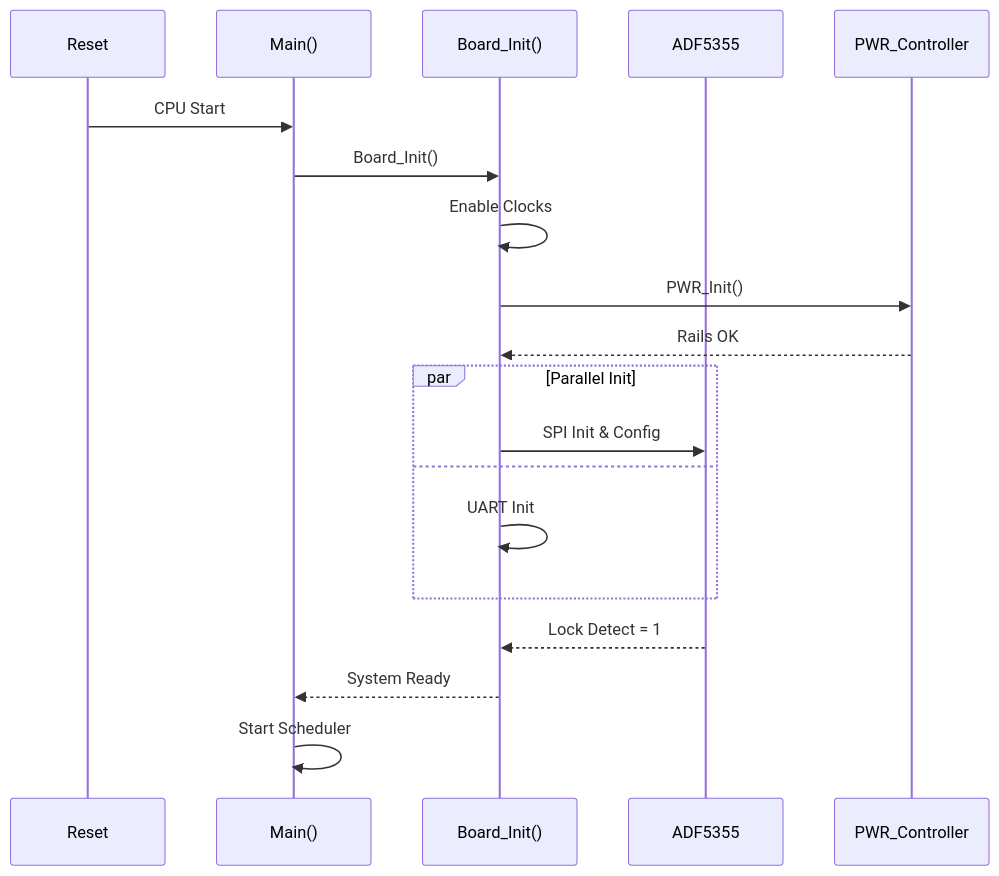
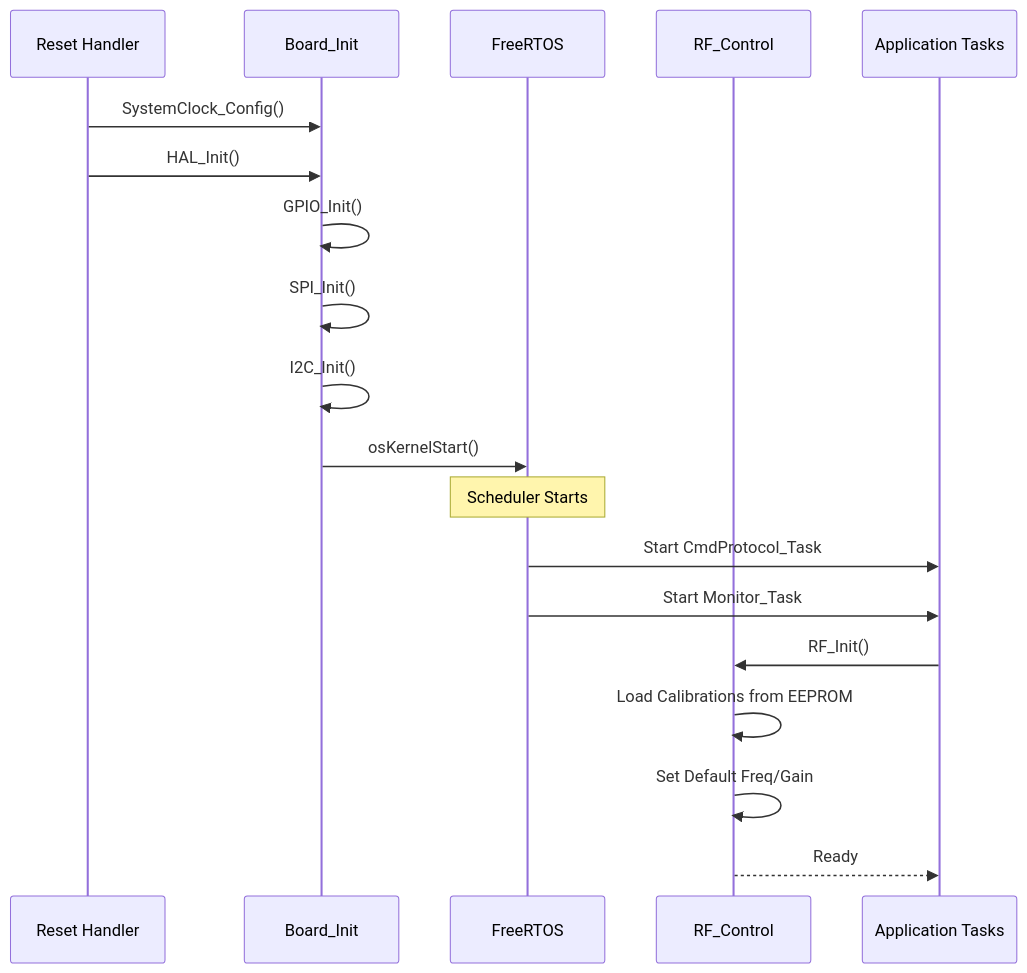
One commit to bala9066/AI_S2S_Code changed the fourth of 7 diagrams in SDD_receiver.md. Above: the diagram before and after it, drawn with Mermaid. The commit also changed other lines of this file and 31 other files, not shown here.

````diff
--- a/SDD_receiver.md
+++ b/SDD_receiver.md
@@ -464,24 +403,25 @@
 ```mermaid
 sequenceDiagram
-    participant RST as Reset
-    participant MAIN as Main()
-    participant INIT as Board_Init()
-    participant PLL as ADF5355
-    participant PWR as PWR_Controller
+    participant RST as Reset Handler
+    participant BSP as Board_Init
+    participant RTOS as FreeRTOS
+    participant RF as RF_Control
+    participant TSKs as Application Tasks
     
-    RST->>MAIN: CPU Start
-    MAIN->>INIT: Board_Init()
-    INIT->>INIT: Enable Clocks
-    INIT->>PWR: PWR_Init()
-    PWR-->>INIT: Rails OK
+    RST->>BSP: SystemClock_Config()
+    RST->>BSP: HAL_Init()
+    BSP->>BSP: GPIO_Init()
+    BSP->>BSP: SPI_Init()
+    BSP->>BSP: I2C_Init()
+    BSP->>RTOS: osKernelStart()
     
-    par Parallel Init
-        INIT->>PLL: SPI Init & Config
-    and
-        INIT->>INIT: UART Init
-    end
+    Note over RTOS: Scheduler Starts
     
-    PLL-->>INIT: Lock Detect = 1
-    INIT-->>MAIN: System Ready
-    MAIN->>MAIN: Start Scheduler
+    RTOS->>TSKs: Start CmdProtocol_Task
+    RTOS->>TSKs: Start Monitor_Task
+    
+    TSKs->>RF: RF_Init()
+    RF->>RF: Load Calibrations from EEPROM
+    RF->>RF: Set Default Freq/Gain
+    RF-->>TSKs: Ready
 ```
````
